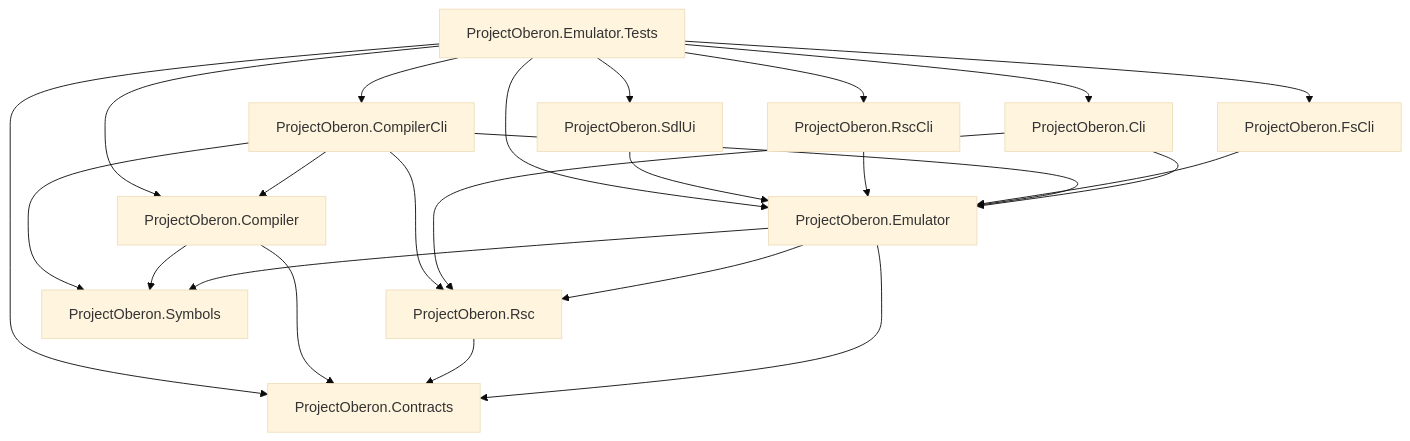
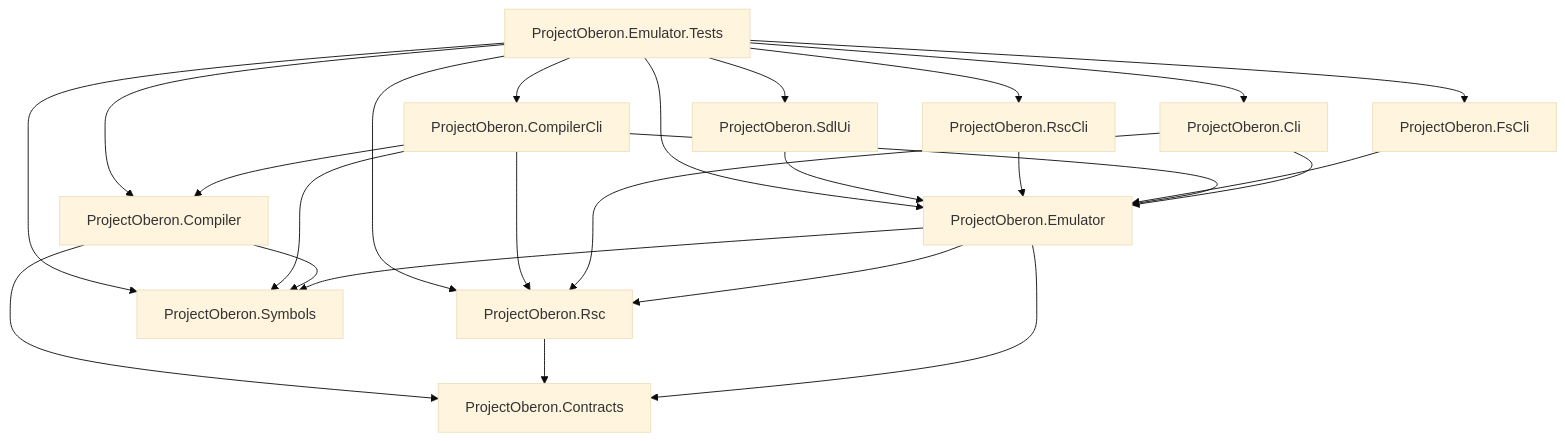
The diagram in docs/architecture.md (berkankarakus/ProjectOberon.NET), drawn with Mermaid (base theme) before and after one commit.

Commit message:
docs: align dependency graph with project references

````diff
--- a/docs/architecture.md
+++ b/docs/architecture.md
@@ -7,38 +7,39 @@
 ```mermaid
 flowchart TD
     Contracts[ProjectOberon.Contracts]
     RscLib[ProjectOberon.Rsc]
     Symbols[ProjectOberon.Symbols]
     Core[ProjectOberon.Emulator]
     CompilerLib[ProjectOberon.Compiler]
     Cli[ProjectOberon.Cli]
     Compiler[ProjectOberon.CompilerCli]
     Fs[ProjectOberon.FsCli]
     Rsc[ProjectOberon.RscCli]
     Sdl[ProjectOberon.SdlUi]
     Tests[ProjectOberon.Emulator.Tests]
 
     Core --> Contracts
     RscLib --> Contracts
     Core --> RscLib
     Core --> Symbols
     CompilerLib --> Contracts
     CompilerLib --> Symbols
     Cli --> Core
     Cli --> RscLib
     Compiler --> Core
     Compiler --> CompilerLib
     Compiler --> RscLib
     Compiler --> Symbols
     Fs --> Core
     Rsc --> Core
     Sdl --> Core
-    Tests --> Contracts
     Tests --> Core
+    Tests --> RscLib
+    Tests --> Symbols
     Tests --> CompilerLib
     Tests --> Cli
     Tests --> Compiler
     Tests --> Fs
     Tests --> Rsc
     Tests --> Sdl
 ```
````
